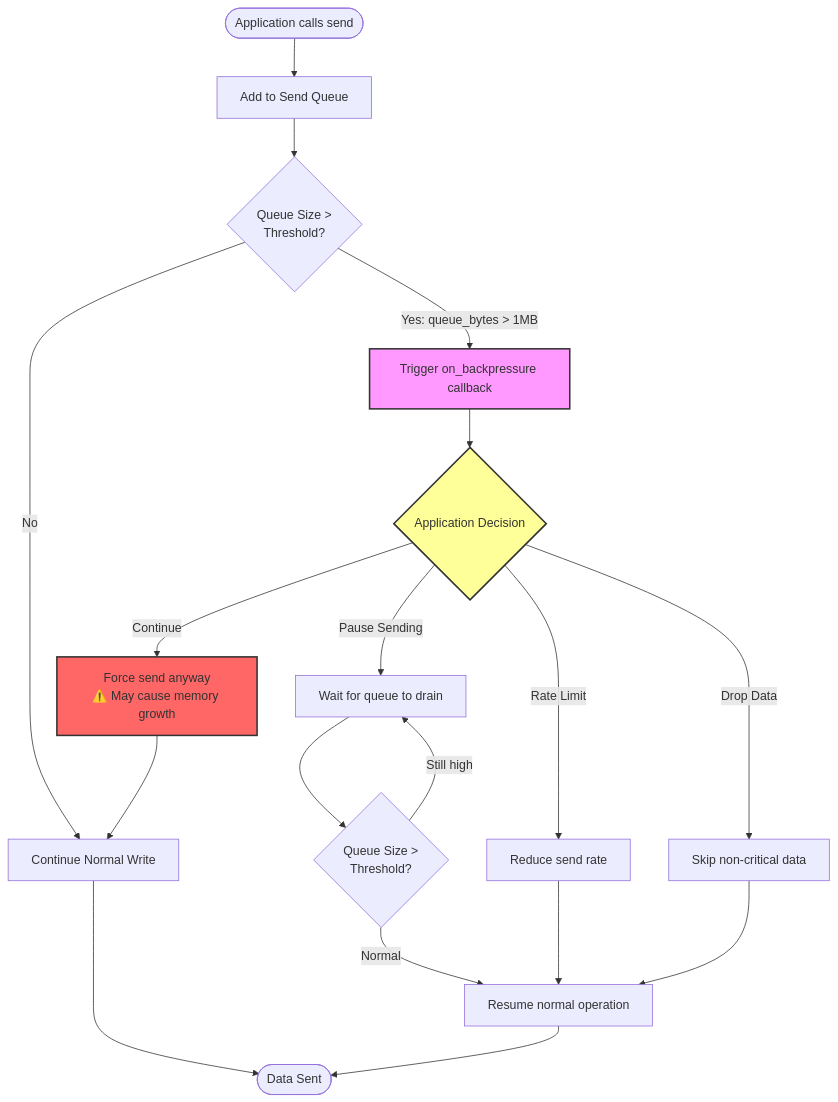
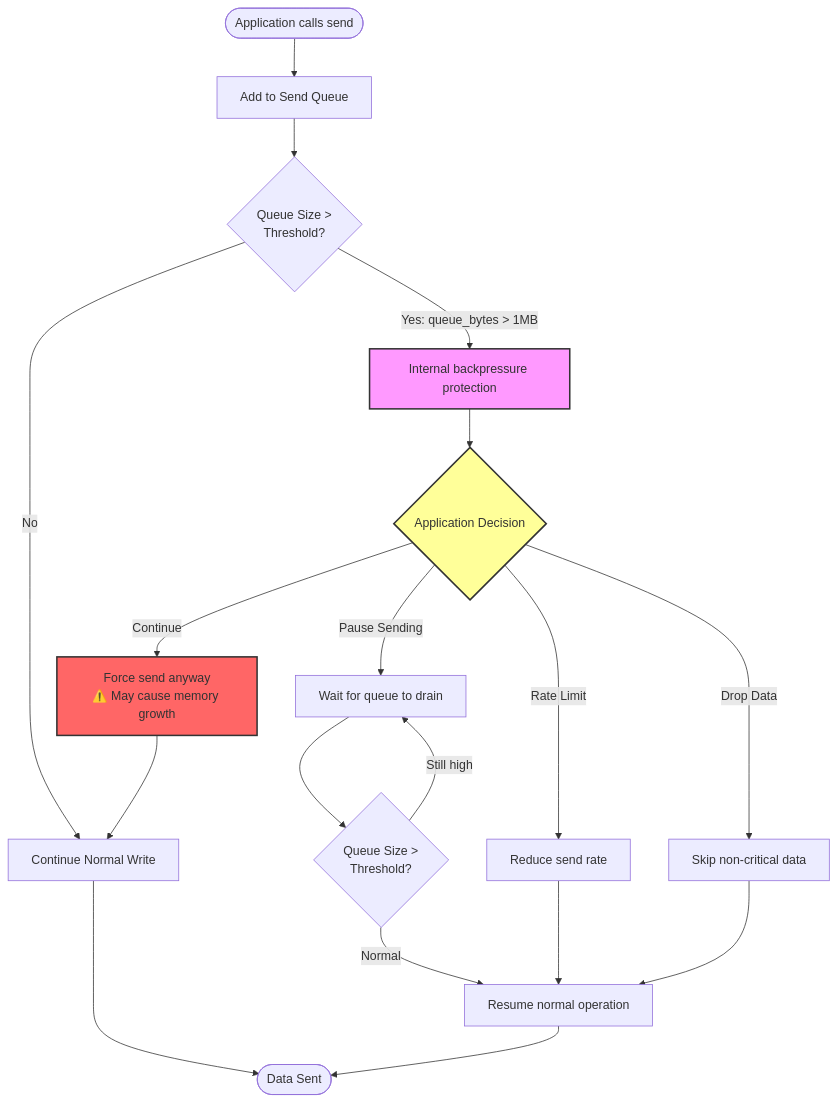
The third of 3 diagrams in docs/architecture/runtime_behavior.md (jwsung91/unilink), drawn with Mermaid before and after one commit. The commit also changed other lines of this file and 9 other files, not shown here.

````diff
--- a/docs/architecture/runtime_behavior.md
+++ b/docs/architecture/runtime_behavior.md
@@ -347,29 +347,29 @@
 ```mermaid
 flowchart TD
     Start([Application calls send]) --> Queue[Add to Send Queue]
     Queue --> Check{Queue Size ><br/>Threshold?}
 
     Check -->|No| Write[Continue Normal Write]
     Write --> Complete([Data Sent])
 
-    Check -->|Yes: queue_bytes > 1MB| Callback[Trigger on_backpressure callback]
-    Callback --> AppDecision{Application Decision}
+    Check -->|Yes: queue_bytes > 1MB| Protect[Internal backpressure protection]
+    Protect --> AppDecision{Application Decision}
 
     AppDecision -->|Pause Sending| Wait[Wait for queue to drain]
     AppDecision -->|Rate Limit| Throttle[Reduce send rate]
     AppDecision -->|Drop Data| Drop[Skip non-critical data]
     AppDecision -->|Continue| Force[Force send anyway<br/>⚠️ May cause memory growth]
 
     Wait --> Monitor{Queue Size ><br/>Threshold?}
     Monitor -->|Still high| Wait
     Monitor -->|Normal| Resume[Resume normal operation]
 
     Throttle --> Resume
     Drop --> Resume
     Force --> Write
     Resume --> Complete
 
-    style Callback fill:#f9f,stroke:#333,stroke-width:2px
+    style Protect fill:#f9f,stroke:#333,stroke-width:2px
     style AppDecision fill:#ff9,stroke:#333,stroke-width:2px
     style Force fill:#f66,stroke:#333,stroke-width:2px
 ```
````
